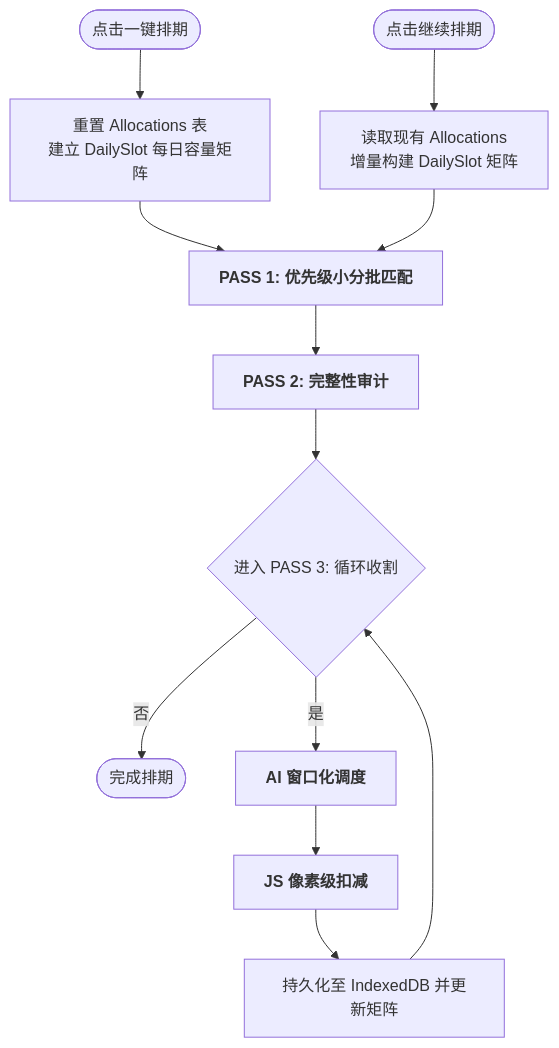
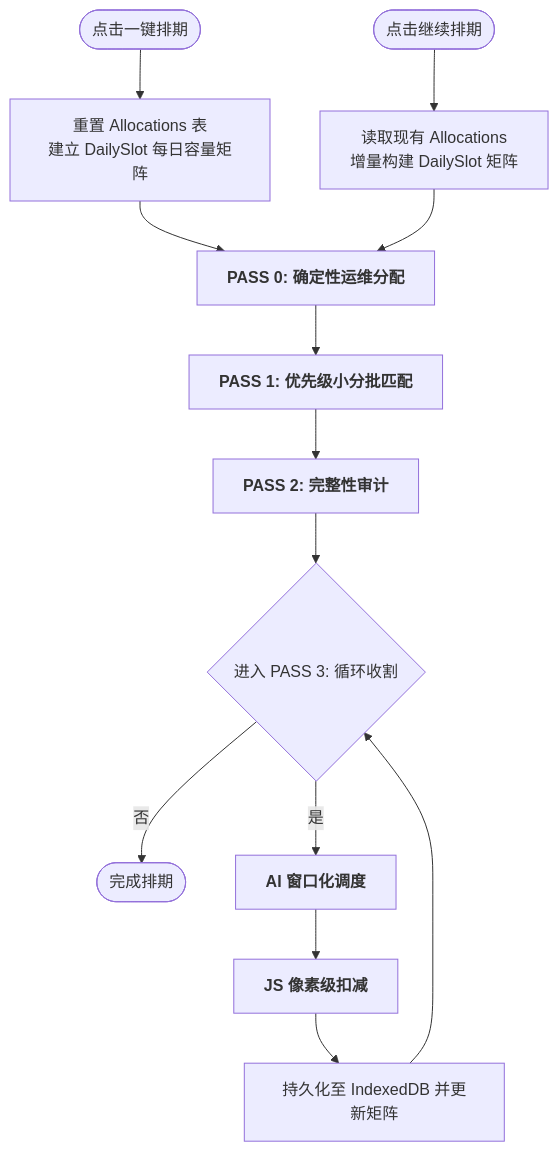
One commit to jambus/Intelligent-Project-Planning changed the second of 2 diagrams in docs/intelligent-resource-planner.md. Above: the diagram before and after it, drawn with Mermaid. The commit also changed other lines of this file and 11 other files, not shown here.

````diff
--- a/docs/intelligent-resource-planner.md
+++ b/docs/intelligent-resource-planner.md
@@ -116,14 +116,15 @@
 ```mermaid
 graph TD
     Start([点击一键排期]) --> Init[重置 Allocations 表<br/>建立 DailySlot 每日容量矩阵]
     Continue([点击继续排期]) --> InitContinue[读取现有 Allocations<br/>增量构建 DailySlot 矩阵]
-    Init --> Pass1[<b>PASS 1: 优先级小分批匹配</b>]
-    InitContinue --> Pass1
+    Init --> Pass0[<b>PASS 0: 确定性运维分配</b>]
+    InitContinue --> Pass0
+    Pass0 --> Pass1[<b>PASS 1: 优先级小分批匹配</b>]
     Pass1 --> Audit[<b>PASS 2: 完整性审计</b>]
     Audit --> LoopStart{进入 PASS 3: 循环收割}
     LoopStart -- 否 --> End([完成排期])
     LoopStart -- 是 --> BatchAI[<b>AI 窗口化调度</b>]
     BatchAI --> HardDeduction[<b>JS 像素级扣减</b>]
     HardDeduction --> Save[持久化至 IndexedDB 并更新矩阵]
     Save --> LoopStart
 ```
````
